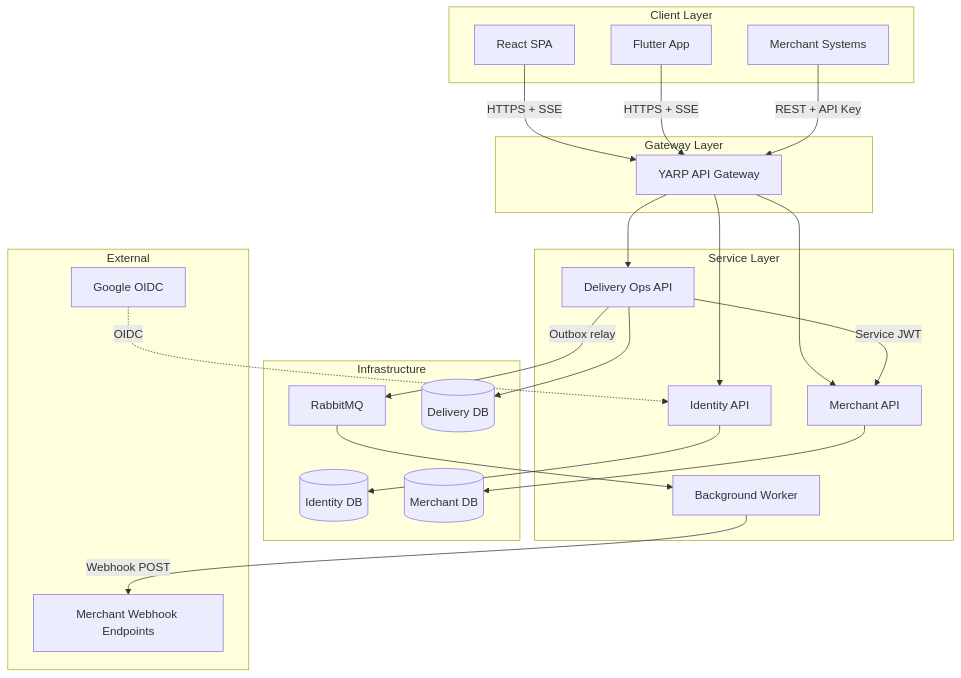
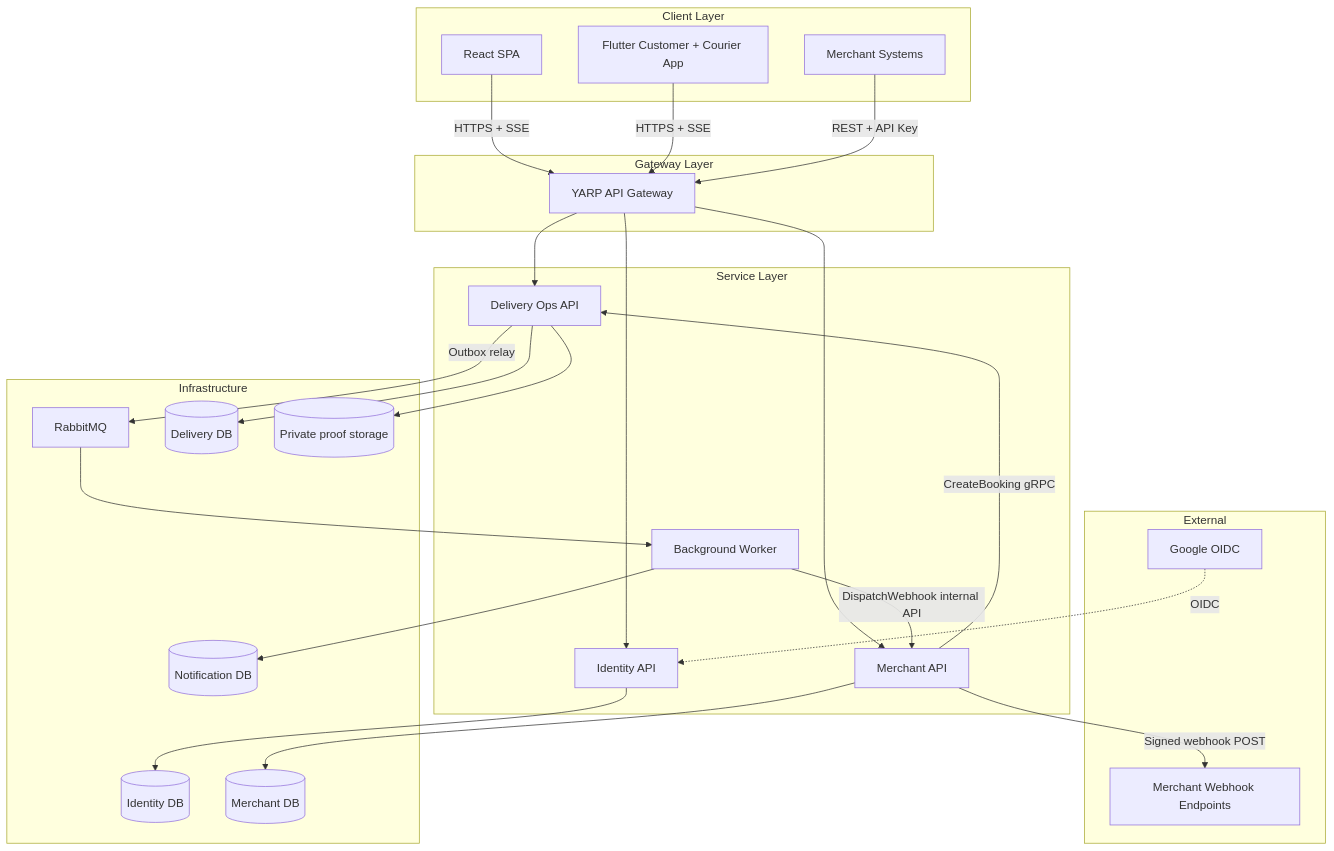
The second of 2 diagrams in requirements/srs.md (SwiftDrop-Group09/swiftdrop-docs), drawn with Mermaid before and after one commit. The commit also changed other lines of this file and 12 other files, not shown here.

````diff
--- a/requirements/srs.md
+++ b/requirements/srs.md
@@ -215,50 +215,55 @@
 ```mermaid
 flowchart TB
     subgraph clients["Client Layer"]
         react["React SPA"]
-        flutter["Flutter App"]
+        flutter["Flutter Customer + Courier App"]
         merchantSys["Merchant Systems"]
     end
 
     subgraph gateway["Gateway Layer"]
         yarp["YARP API Gateway"]
     end
 
     subgraph services["Service Layer"]
         identity["Identity API"]
         delivery["Delivery Ops API"]
         merchant["Merchant API"]
         worker["Background Worker"]
     end
 
     subgraph infra["Infrastructure"]
         broker["RabbitMQ"]
         idDb[("Identity DB")]
         delDb[("Delivery DB")]
         merDb[("Merchant DB")]
+        notifDb[("Notification DB")]
+        storage[("Private proof storage")]
     end
 
     subgraph external["External"]
         google["Google OIDC"]
         webhookTarget["Merchant Webhook Endpoints"]
     end
 
     react -->|HTTPS + SSE| yarp
     flutter -->|HTTPS + SSE| yarp
     merchantSys -->|REST + API Key| yarp
 
     yarp --> identity
     yarp --> delivery
     yarp --> merchant
 
     identity --> idDb
     delivery --> delDb
     merchant --> merDb
 
-    delivery -->|Service JWT| merchant
+    merchant -->|CreateBooking gRPC| delivery
+    worker -->|DispatchWebhook internal API| merchant
+    worker --> notifDb
+    delivery --> storage
     delivery -->|Outbox relay| broker
     broker --> worker
-    worker -->|Webhook POST| webhookTarget
+    merchant -->|Signed webhook POST| webhookTarget
 
     google -.->|OIDC| identity
 ```
````
